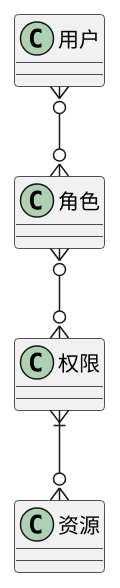
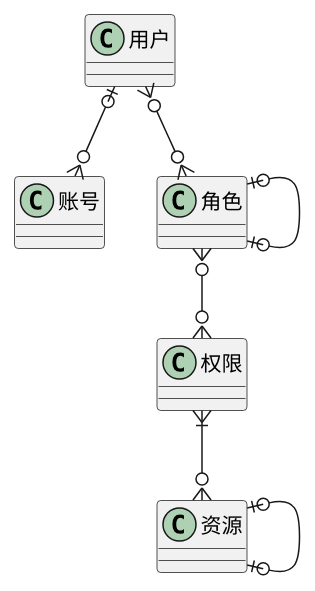
The diagram in docs/uc/RBAC.puml (ken-hu/ken-cloud-platform), drawn with PlantUML before and after one commit. The commit also changed 26 other files, not shown here.

```diff
--- a/docs/uc/RBAC.puml
+++ b/docs/uc/RBAC.puml
@@ -1,5 +1,8 @@
 @startuml
+用户 |o--o{ 账号
 用户 }o--o{ 角色
+角色 |o--o| 角色
 角色 }o--o{ 权限
 权限 }|--o{ 资源
+资源 |o--o| 资源
 @enduml
```
